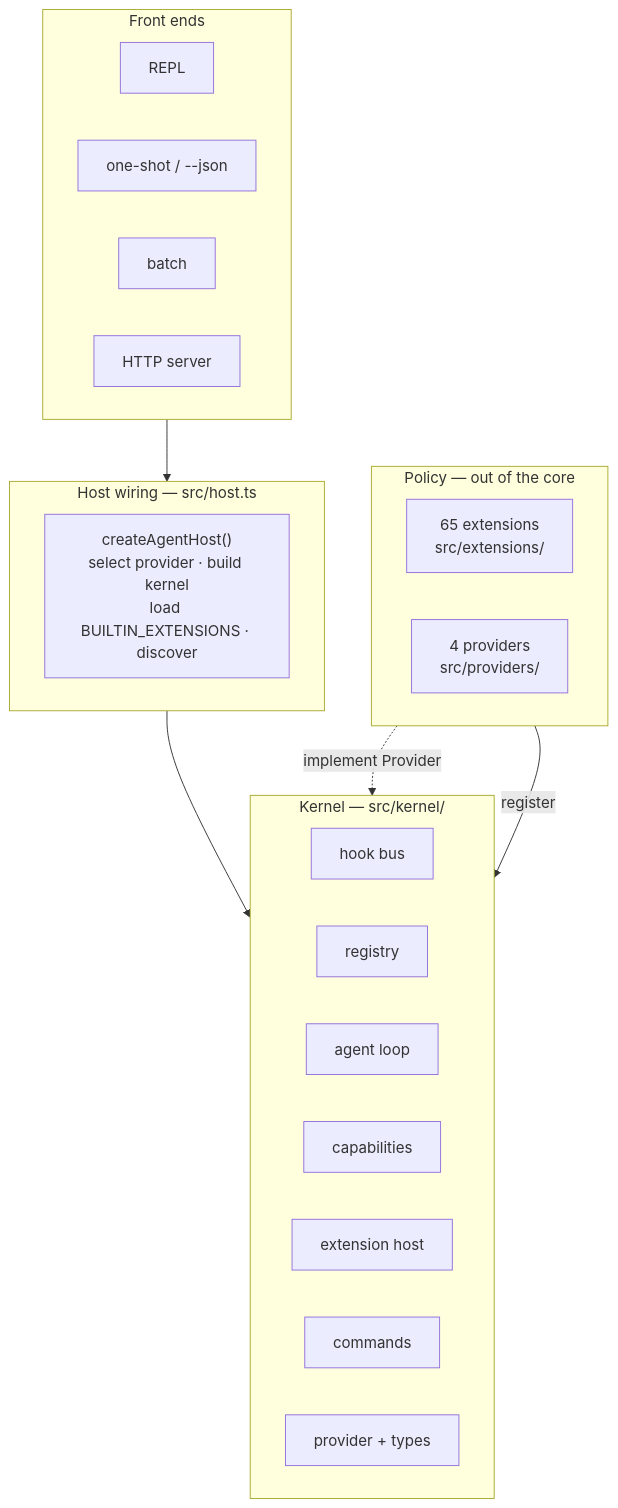
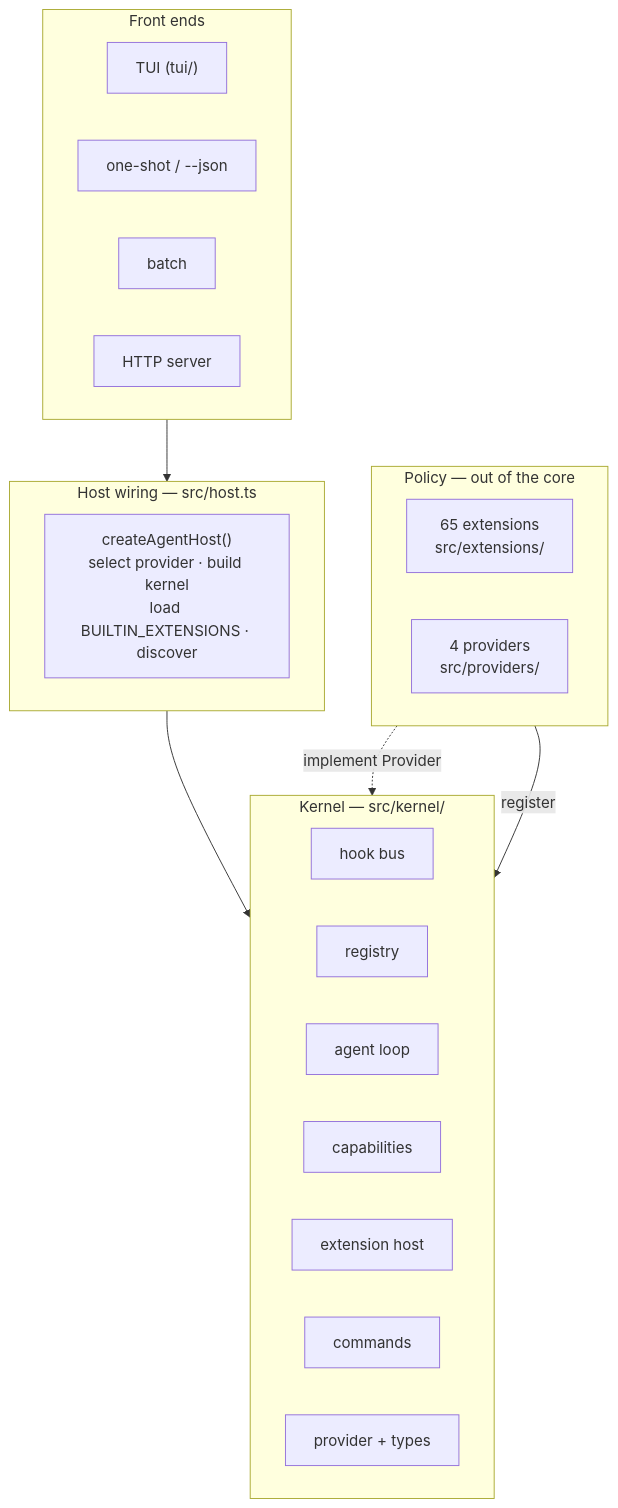
The first of 10 diagrams in ARCHITECTURE.md (caohaotiantian/EAgent), drawn with Mermaid before and after one commit. The commit also changed other lines of this file and 10 other files, not shown here.

````diff
--- a/ARCHITECTURE.md
+++ b/ARCHITECTURE.md
@@ -27,32 +27,32 @@
 ```mermaid
 flowchart TB
     subgraph L4["Front ends"]
         direction LR
-        REPL["REPL"]
+        TUI["TUI (tui/)"]
         ONE["one-shot / --json"]
         BATCH["batch"]
         HTTP["HTTP server"]
     end
     subgraph L3["Host wiring — src/host.ts"]
         HOST["createAgentHost()<br/>select provider · build kernel<br/>load BUILTIN_EXTENSIONS · discover"]
     end
     subgraph L2["Kernel — src/kernel/"]
         direction LR
         HOOKS["hook bus"]
         REG["registry"]
         LOOP["agent loop"]
         CAPS["capabilities"]
         EXT["extension host"]
         CMD["commands"]
         TYPES["provider + types"]
     end
     subgraph L1["Policy — out of the core"]
         direction LR
         EXTS["65 extensions<br/>src/extensions/"]
         PROVS["4 providers<br/>src/providers/"]
     end
 
     L4 --> L3 --> L2
     EXTS -->|register| L2
     PROVS -.->|implement Provider| TYPES
 ```
````
